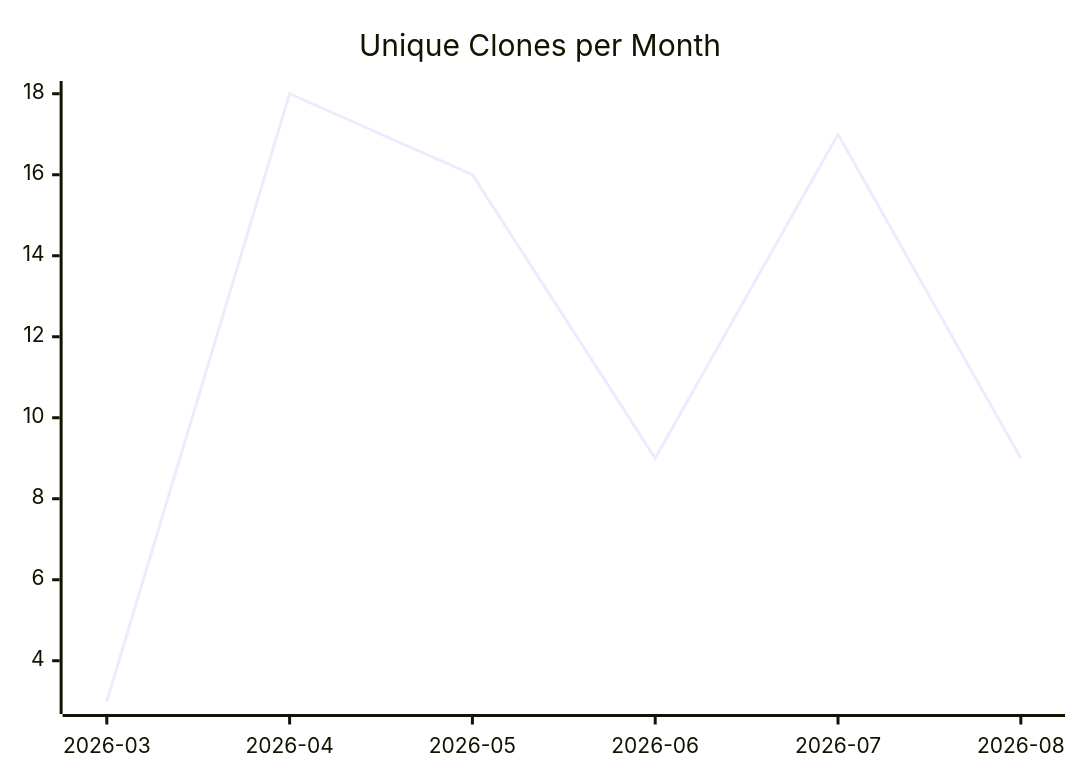
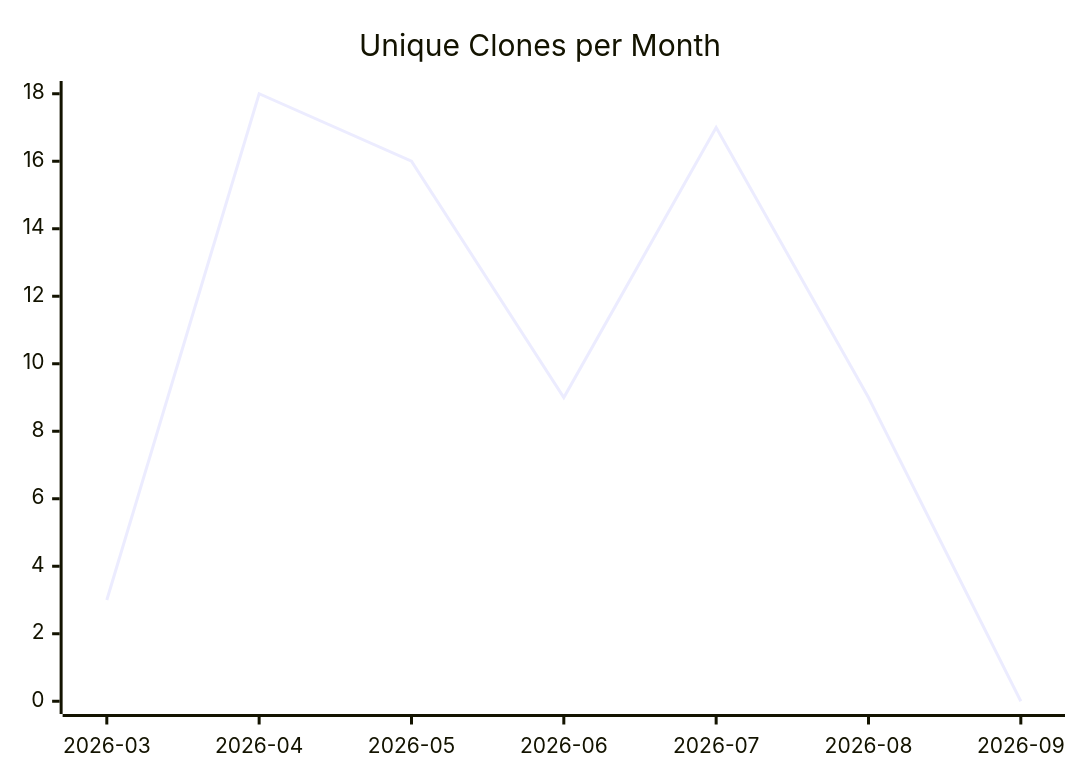
One commit to justdavis-family/github-analytics-data changed the third of 3 diagrams in karlmdavis/jessentials/README.md. Above: the diagram before and after it, drawn with Mermaid. The commit also changed other lines of this file and 191 other files, not shown here.

````diff
--- a/karlmdavis/jessentials/README.md
+++ b/karlmdavis/jessentials/README.md
@@ -19,6 +19,6 @@
 ```mermaid
 xychart-beta
   title "Unique Clones per Month"
-  x-axis ["2026-03", "2026-04", "2026-05", "2026-06", "2026-07", "2026-08"]
-  line [3, 18, 16, 9, 17, 9]
+  x-axis ["2026-03", "2026-04", "2026-05", "2026-06", "2026-07", "2026-08", "2026-09"]
+  line [3, 18, 16, 9, 17, 9, 0]
 ```
````
